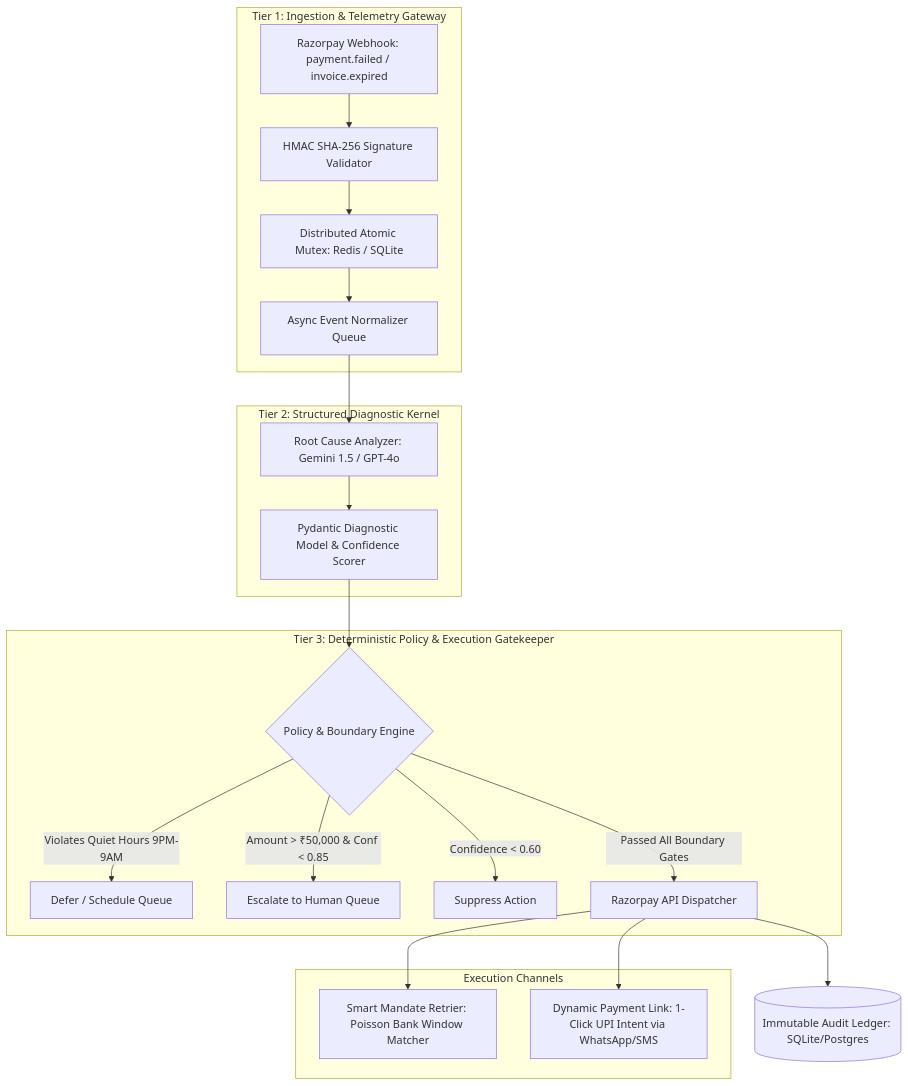
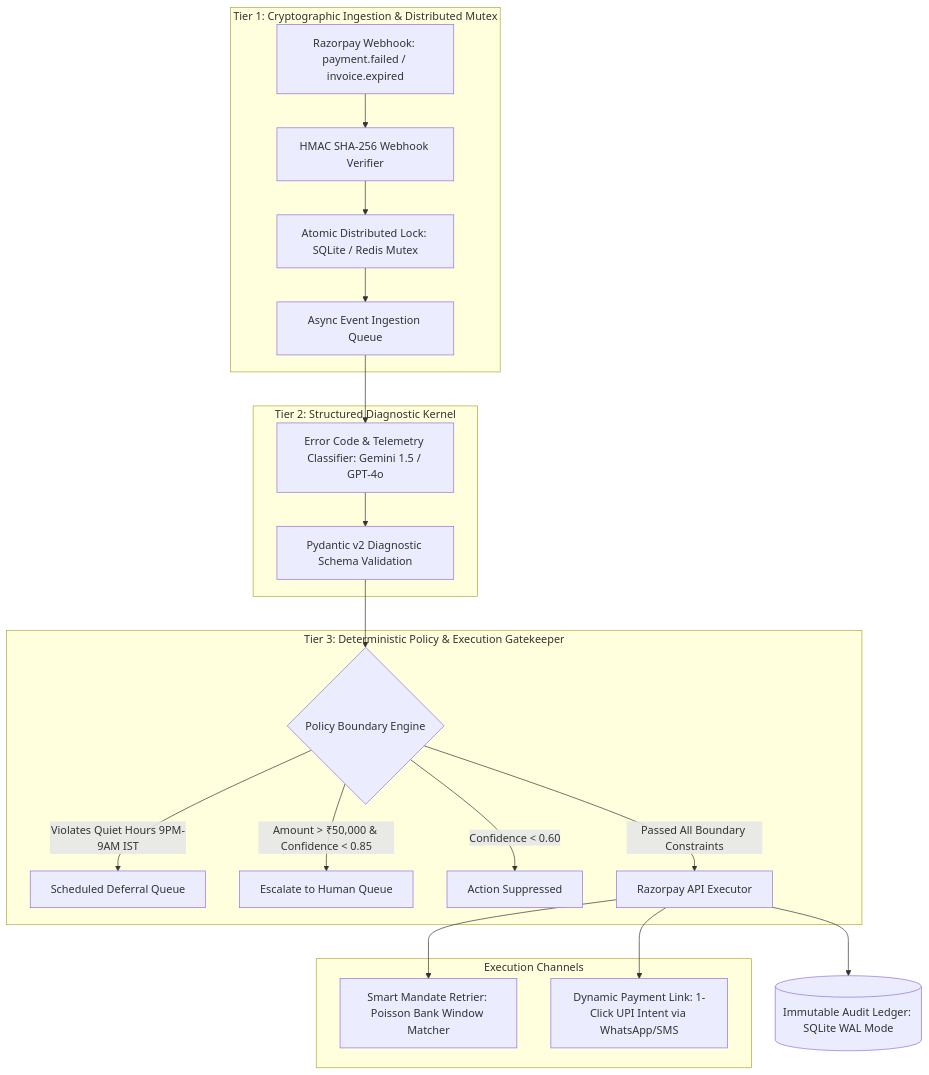
Before and after one commit to Samrudh2006/-RazorRevive-OS: the diagram in README.md, drawn with Mermaid. The commit also changed other lines of this file, not shown here.

Commit message:
docs: update to grounded top 0.1% architecture README without placeholders

````diff
--- a/README.md
+++ b/README.md
@@ -33,28 +34,28 @@
 ```mermaid
 flowchart TD
-    subgraph Tier1 [Tier 1: Ingestion & Telemetry Gateway]
-        A[Razorpay Webhook: payment.failed / invoice.expired] --> B[HMAC SHA-256 Signature Validator]
-        B --> C[Distributed Atomic Mutex: Redis / SQLite]
-        C --> D[Async Event Normalizer Queue]
+    subgraph Tier1 [Tier 1: Cryptographic Ingestion & Distributed Mutex]
+        A[Razorpay Webhook: payment.failed / invoice.expired] --> B[HMAC SHA-256 Webhook Verifier]
+        B --> C[Atomic Distributed Lock: SQLite / Redis Mutex]
+        C --> D[Async Event Ingestion Queue]
     end
 
     subgraph Tier2 [Tier 2: Structured Diagnostic Kernel]
-        D --> E[Root Cause Analyzer: Gemini 1.5 / GPT-4o]
-        E --> F[Pydantic Diagnostic Model & Confidence Scorer]
+        D --> E[Error Code & Telemetry Classifier: Gemini 1.5 / GPT-4o]
+        E --> F[Pydantic v2 Diagnostic Schema Validation]
     end
 
     subgraph Tier3 [Tier 3: Deterministic Policy & Execution Gatekeeper]
-        F --> G{Policy & Boundary Engine}
-        G -->|Violates Quiet Hours 9PM-9AM| H[Defer / Schedule Queue]
-        G -->|Amount > ₹50,000 & Conf < 0.85| I[Escalate to Human Queue]
-        G -->|Confidence < 0.60| J[Suppress Action]
-        G -->|Passed All Boundary Gates| K[Razorpay API Dispatcher]
+        F --> G{Policy Boundary Engine}
+        G -->|Violates Quiet Hours 9PM-9AM IST| H[Scheduled Deferral Queue]
+        G -->|Amount > ₹50,000 & Confidence < 0.85| I[Escalate to Human Queue]
+        G -->|Confidence < 0.60| J[Action Suppressed]
+        G -->|Passed All Boundary Constraints| K[Razorpay API Executor]
     end
 
-    subgraph ActionChannels [Execution Channels]
+    subgraph ExecutionChannels [Execution Channels]
         K --> L[Smart Mandate Retrier: Poisson Bank Window Matcher]
         K --> M[Dynamic Payment Link: 1-Click UPI Intent via WhatsApp/SMS]
     end
 
-    K --> N[(Immutable Audit Ledger: SQLite/Postgres)]
+    K --> N[(Immutable Audit Ledger: SQLite WAL Mode)]
 ```
````
